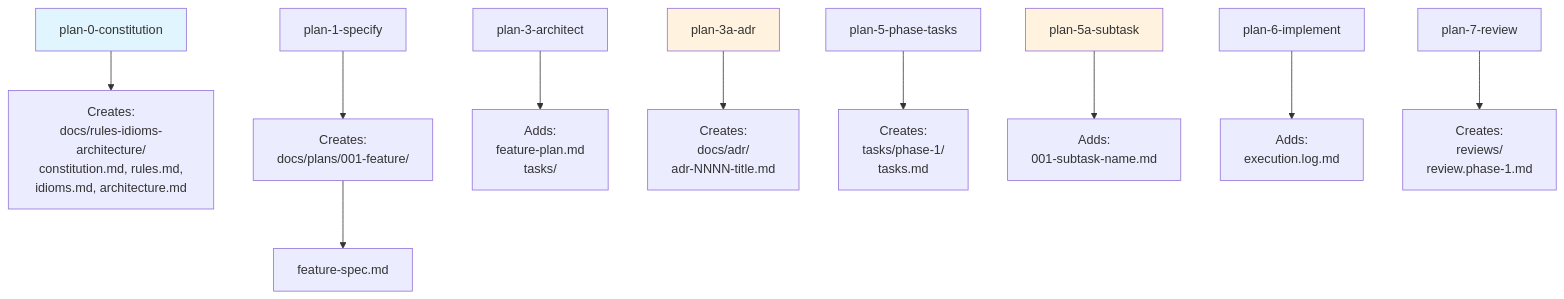
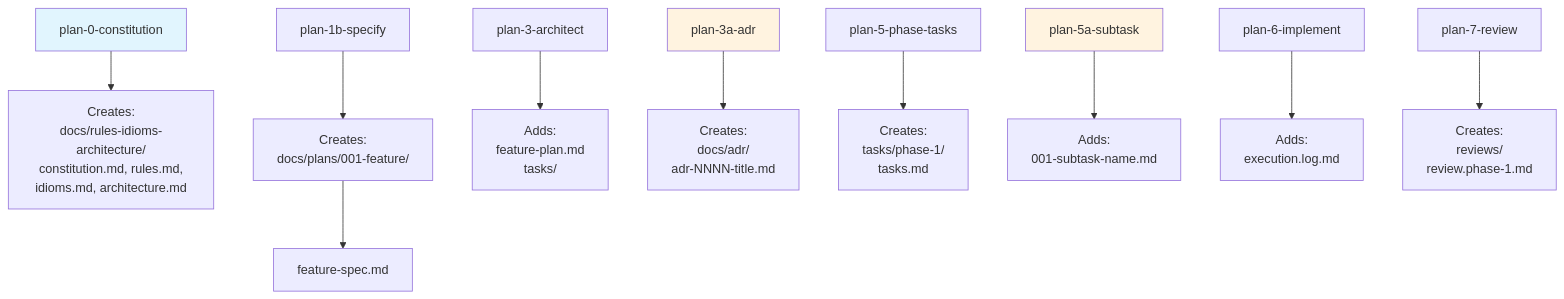
One commit to jakkaj/tools changed the seventh of 8 diagrams in agents/commands/README.md. Above: the diagram before and after it, drawn with Mermaid. The commit also changed other lines of this file and 9 other files, not shown here.

````diff
--- a/agents/commands/README.md
+++ b/agents/commands/README.md
@@ -734,23 +761,23 @@
 ```mermaid
 graph TD
     P0["plan-0-constitution"] --> D0["Creates:<br/>docs/rules-idioms-architecture/<br/>constitution.md, rules.md,<br/>idioms.md, architecture.md"]
 
-    P1["plan-1-specify"] --> D1["Creates:<br/>docs/plans/001-feature/"]
+    P1B["plan-1b-specify"] --> D1["Creates:<br/>docs/plans/001-feature/"]
     D1 --> F1["feature-spec.md"]
 
     P3["plan-3-architect"] --> D3["Adds:<br/>feature-plan.md<br/>tasks/"]
 
     P3A["plan-3a-adr"] --> DADR["Creates:<br/>docs/adr/<br/>adr-NNNN-title.md"]
 
     P5["plan-5-phase-tasks"] --> D5["Creates:<br/>tasks/phase-1/<br/>tasks.md"]
 
     P5A["plan-5a-subtask"] --> D5A["Adds:<br/>001-subtask-name.md"]
 
     P6["plan-6-implement"] --> D6["Adds:<br/>execution.log.md"]
 
     P7["plan-7-review"] --> D7["Creates:<br/>reviews/<br/>review.phase-1.md"]
 
     style P0 fill:#e1f5fe
     style P3A fill:#fff3e0
     style P5A fill:#fff3e0
 ```
````
